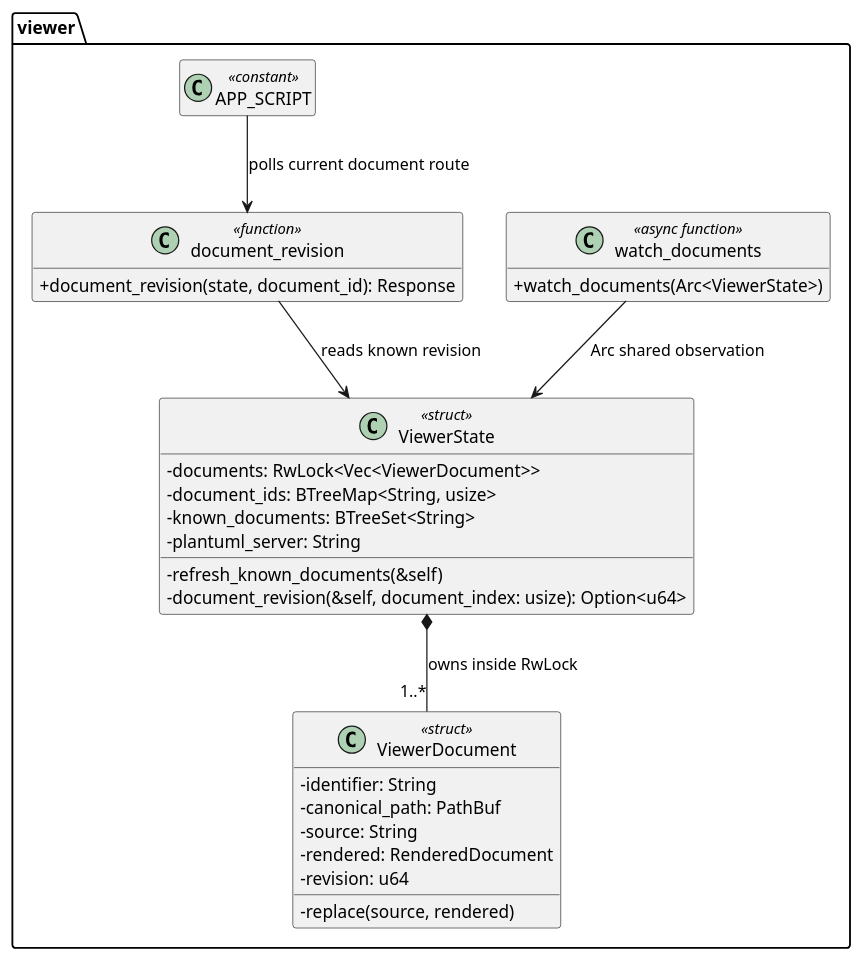
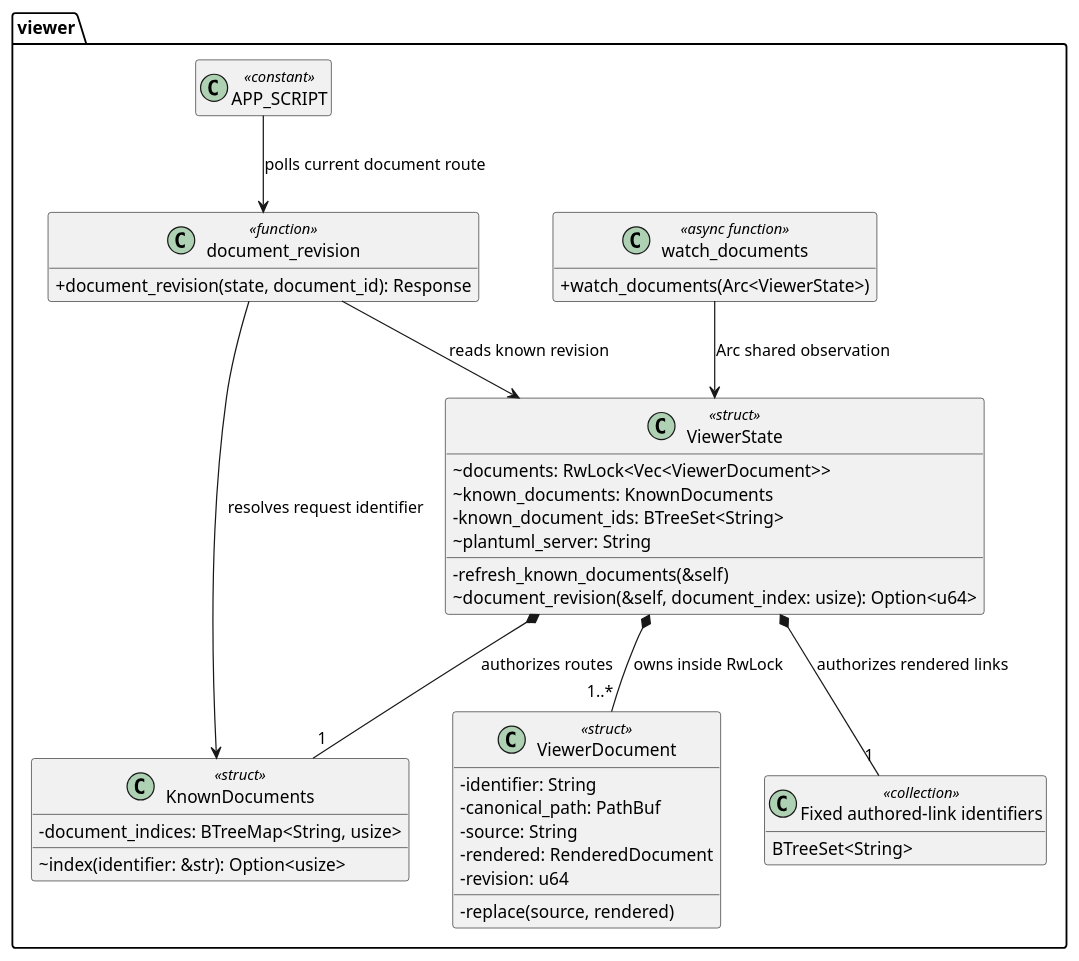
One commit to sirius-cc-wu/lens changed the second of 2 diagrams in docs/features/automatic-refresh/design.md. Above: the diagram before and after it, drawn with PlantUML. The commit also changed other lines of this file and 1 other file, not shown here.

````diff
--- a/docs/features/automatic-refresh/design.md
+++ b/docs/features/automatic-refresh/design.md
@@ -90,37 +96,47 @@
 ```plantuml
 @startuml
 hide empty members
 skinparam classAttributeIconSize 0
 
 package "viewer" {
   class "ViewerState" as ViewerState <<struct>> {
-    -documents: RwLock<Vec<ViewerDocument>>
-    -document_ids: BTreeMap<String, usize>
-    -known_documents: BTreeSet<String>
-    -plantuml_server: String
+    ~documents: RwLock<Vec<ViewerDocument>>
+    ~known_documents: KnownDocuments
+    -known_document_ids: BTreeSet<String>
+    ~plantuml_server: String
     -refresh_known_documents(&self)
-    -document_revision(&self, document_index: usize): Option<u64>
+    ~document_revision(&self, document_index: usize): Option<u64>
+  }
+  class "KnownDocuments" as KnownDocuments <<struct>> {
+    -document_indices: BTreeMap<String, usize>
+    ~index(identifier: &str): Option<usize>
+  }
+  class "Fixed authored-link identifiers" as KnownDocumentIds <<collection>> {
+    BTreeSet<String>
   }
   class "ViewerDocument" as ViewerDocument <<struct>> {
     -identifier: String
     -canonical_path: PathBuf
     -source: String
     -rendered: RenderedDocument
     -revision: u64
     -replace(source, rendered)
   }
   class "watch_documents" as Watcher <<async function>> {
     +watch_documents(Arc<ViewerState>)
   }
   class "document_revision" as Revision <<function>> {
     +document_revision(state, document_id): Response
   }
   class "APP_SCRIPT" as Script <<constant>>
 }
 
 Watcher --> ViewerState : Arc shared observation
 ViewerState *-- "1..*" ViewerDocument : owns inside RwLock
+ViewerState *-- "1" KnownDocuments : authorizes routes
+ViewerState *-- "1" KnownDocumentIds : authorizes rendered links
 Revision --> ViewerState : reads known revision
+Revision --> KnownDocuments : resolves request identifier
 Script --> Revision : polls current document route
 @enduml
 ```
````
